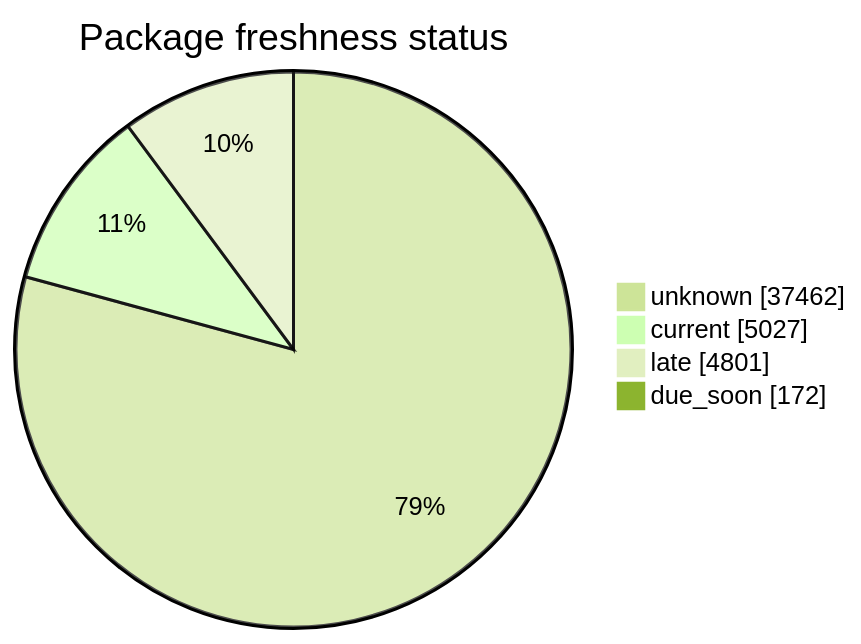
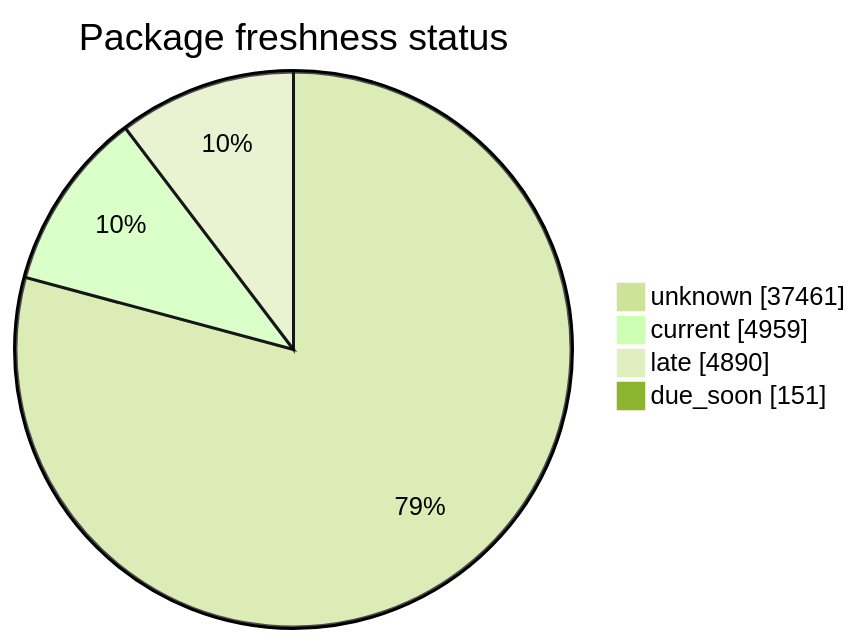
One commit to open-data/analytics-corporate-reporting changed the second of 5 diagrams in FreshCheck/README.md. Above: the diagram before and after it, drawn with Mermaid (forest theme). The commit also changed other lines of this file and 3 other files, not shown here.

````diff
--- a/FreshCheck/README.md
+++ b/FreshCheck/README.md
@@ -69,7 +69,7 @@
 ```mermaid
 pie showData title Package freshness status
-    "unknown": 37462
-    "current": 5027
-    "late": 4801
-    "due_soon": 172
+    "unknown": 37461
+    "current": 4959
+    "late": 4890
+    "due_soon": 151
 ```
````
